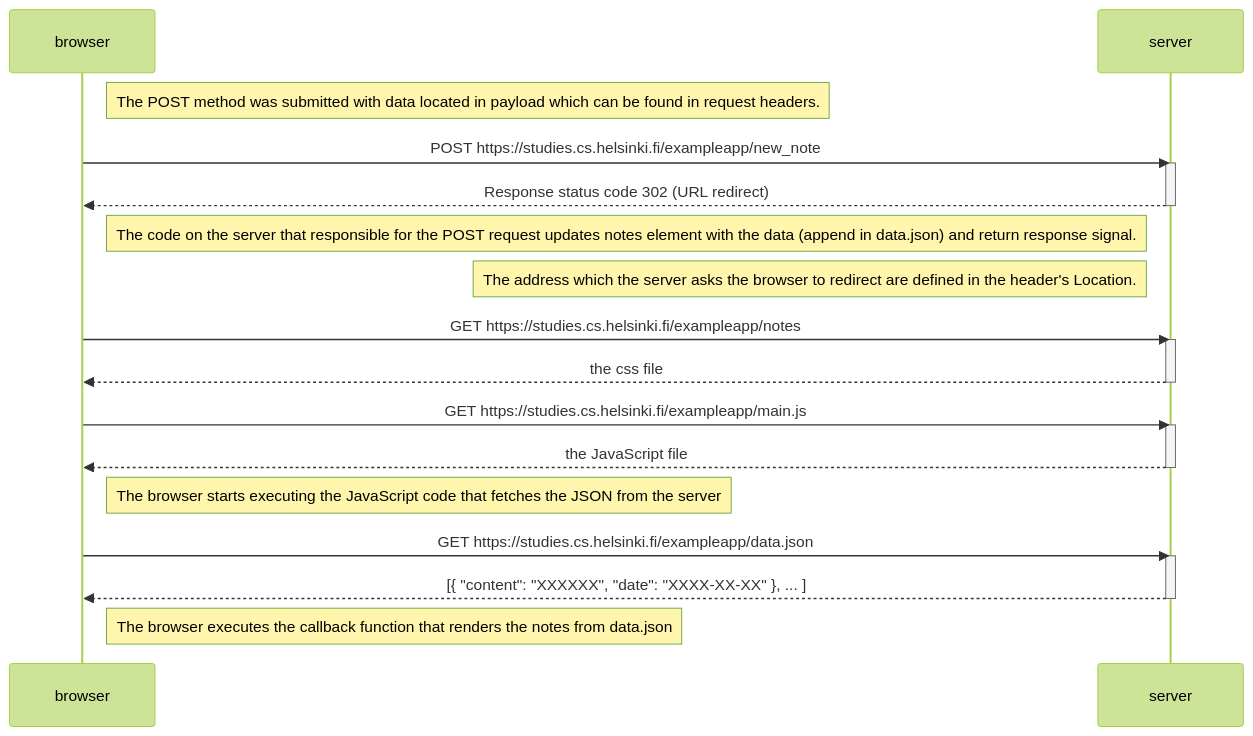
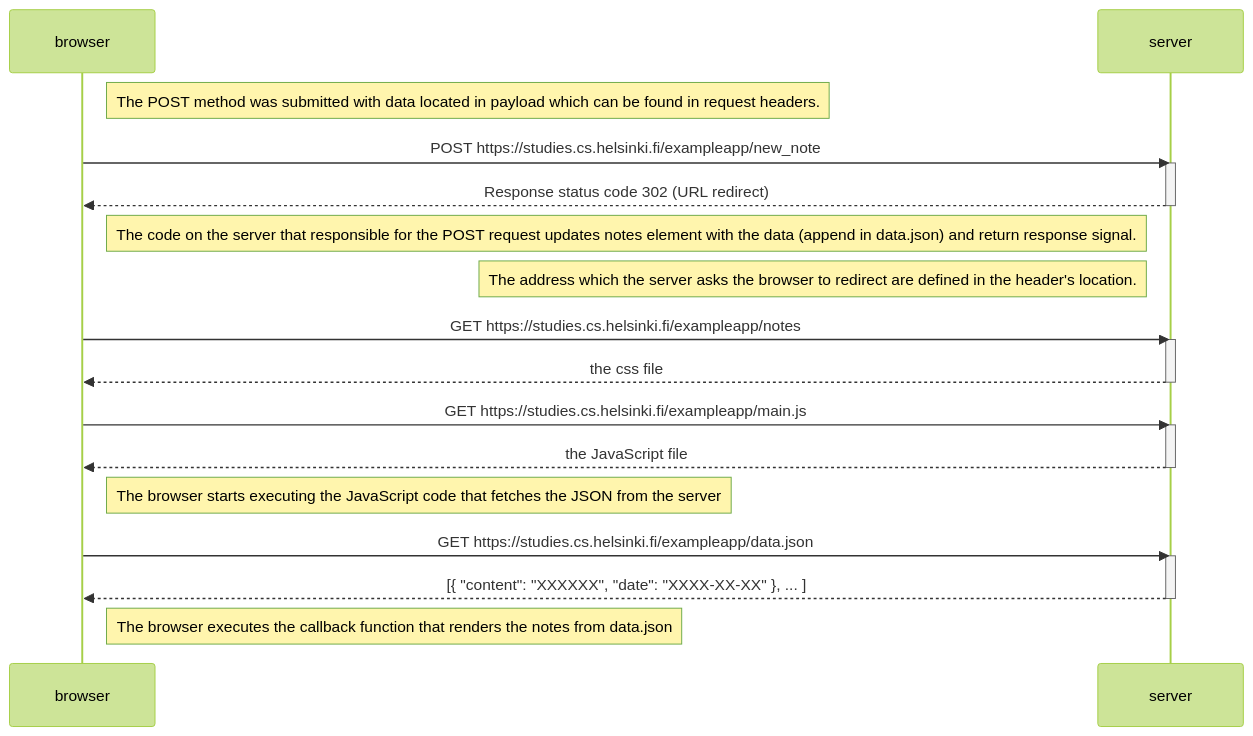
The diagram in part0/0.4-New-note-diagram.md (rsongphon/FullStackOpen-2024), drawn with Mermaid (forest theme) before and after one commit.

Commit message:
part0 excercise0.4

````diff
--- a/part0/0.4-New-note-diagram.md
+++ b/part0/0.4-New-note-diagram.md
@@ -1,32 +1,32 @@
 ```mermaid
 sequenceDiagram
     participant browser
     participant server
 
     Note right of browser: The POST method was submitted with data located in payload which can be found in request headers.
     browser->>server: POST https://studies.cs.helsinki.fi/exampleapp/new_note
     activate server
     server-->>browser: Response status code 302 (URL redirect)
     deactivate server
     Note left of server : The code on the server that responsible for the POST request updates notes element with the data (append in data.json) and return response signal.
-    Note left of server : The address which the server asks the browser to redirect are defined in the header's Location.
+    Note left of server : The address which the server asks the browser to redirect are defined in the header's location.
 
     browser->>server: GET https://studies.cs.helsinki.fi/exampleapp/notes
     activate server
     server-->>browser: the css file
     deactivate server
 
     browser->>server: GET https://studies.cs.helsinki.fi/exampleapp/main.js
     activate server
     server-->>browser: the JavaScript file
     deactivate server
 
     Note right of browser: The browser starts executing the JavaScript code that fetches the JSON from the server
 
     browser->>server: GET https://studies.cs.helsinki.fi/exampleapp/data.json
     activate server
     server-->>browser: [{ "content": "XXXXXX", "date": "XXXX-XX-XX" }, ... ]
     deactivate server
 
     Note right of browser: The browser executes the callback function that renders the notes from data.json
 ```
````
